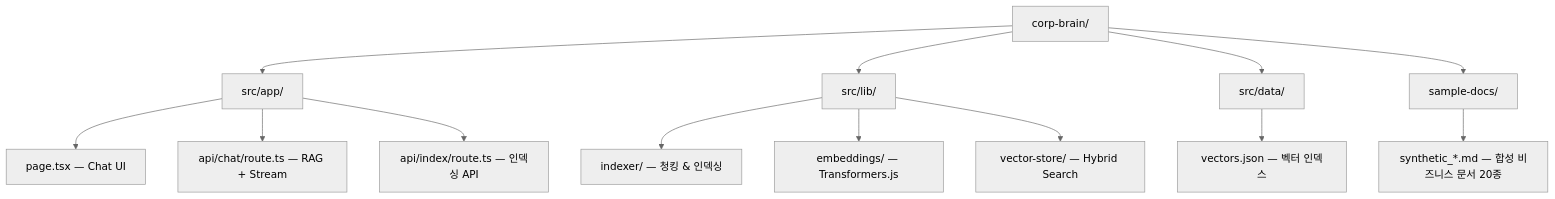
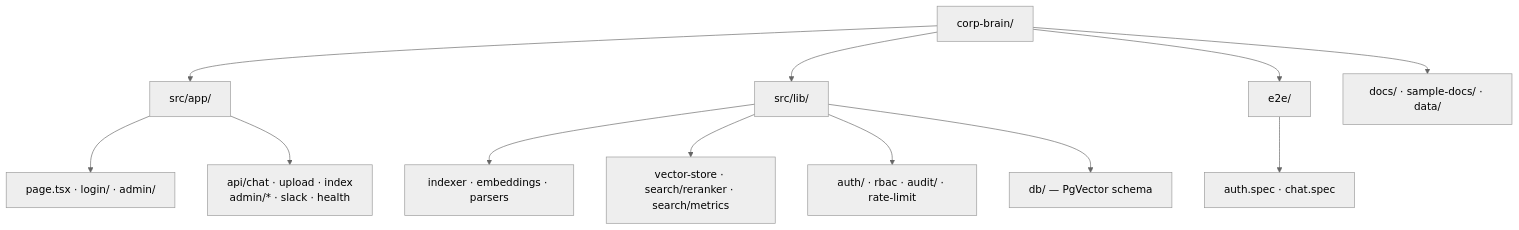
One commit to dayainow/corp-brain changed the tenth of 11 diagrams in README.md. Above: the diagram before and after it, drawn with Mermaid (neutral theme). The commit also changed other lines of this file, not shown here.

First line of the commit message:
docs: README 전면 업데이트 — 최신 기능 및 아키텍처 다이어그램 반영

````diff
--- a/README.md
+++ b/README.md
@@ -218,21 +314,19 @@
 ```mermaid
 graph TD
     Root["corp-brain/"]
 
     Root --> App["src/app/"]
     Root --> Lib["src/lib/"]
-    Root --> Data["src/data/"]
-    Root --> Samples["sample-docs/"]
+    Root --> E2E["e2e/"]
+    Root --> Docs["docs/ · sample-docs/ · data/"]
 
-    App --> Page["page.tsx — Chat UI"]
-    App --> ChatRoute["api/chat/route.ts — RAG + Stream"]
-    App --> IndexRoute["api/index/route.ts — 인덱싱 API"]
+    App --> Pages["page.tsx · login/ · admin/"]
+    App --> APIs["api/chat · upload · index<br/>admin/* · slack · health"]
 
-    Lib --> Indexer["indexer/ — 청킹 & 인덱싱"]
-    Lib --> Embeddings["embeddings/ — Transformers.js"]
-    Lib --> VectorStore["vector-store/ — Hybrid Search"]
+    Lib --> Core["indexer · embeddings · parsers"]
+    Lib --> Search["vector-store · search/reranker · search/metrics"]
+    Lib --> Sec["auth/ · rbac · audit/ · rate-limit"]
+    Lib --> DB["db/ — PgVector schema"]
 
-    Data --> VectorsJSON["vectors.json — 벡터 인덱스"]
-
-    Samples --> Synthetic["synthetic_*.md — 합성 비즈니스 문서 20종"]
+    E2E --> Tests["auth.spec · chat.spec"]
 ```
````
